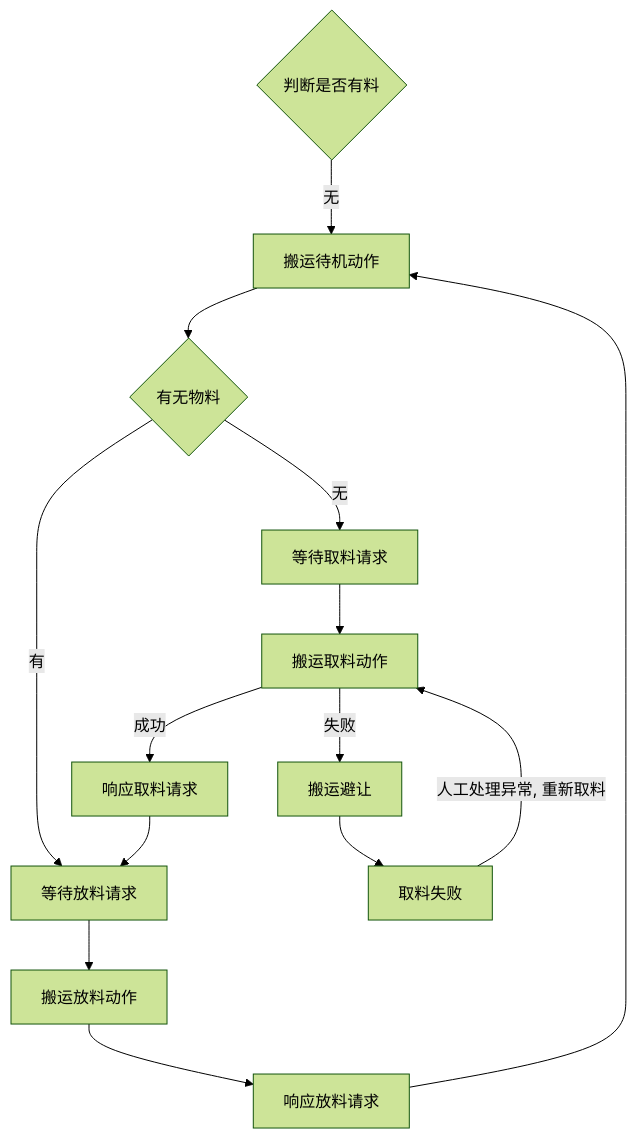
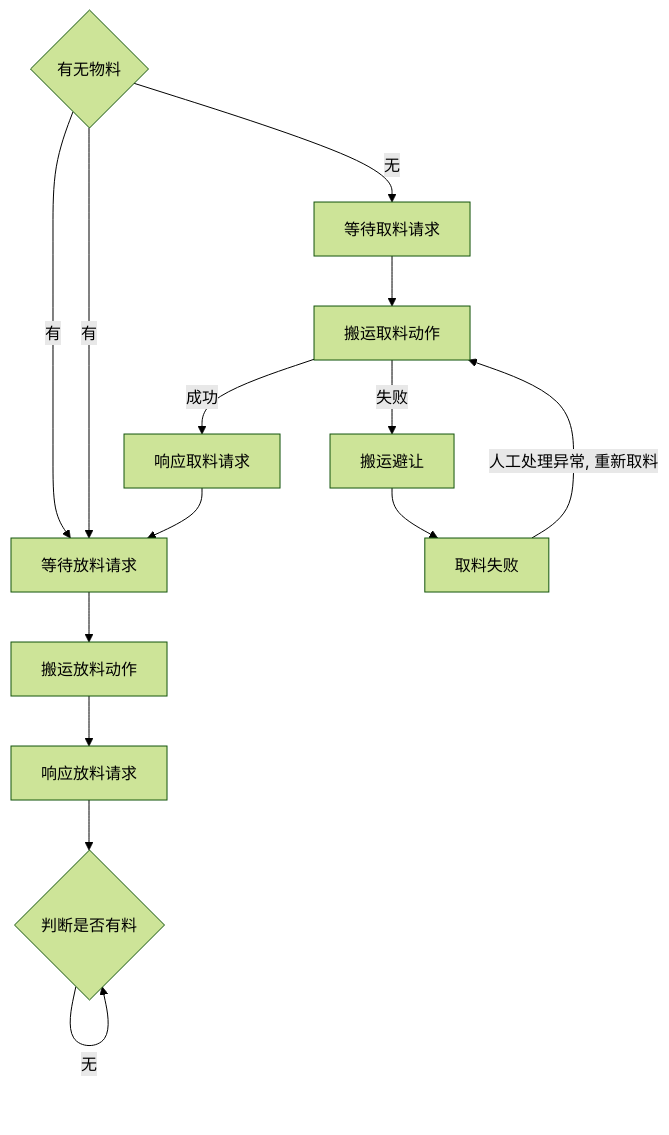
Before and after one commit to PengKun1/iodraw-files: the diagram in all/OP10 自动流程.md, drawn with Mermaid (forest theme).

Commit message:
2024-08-02 10:54:48 update

````diff
--- a/all/OP10 自动流程.md
+++ b/all/OP10 自动流程.md
@@ -1,19 +1,18 @@
 ```mermaid
 graph TD
-0{判断是否有料}-->|无|10
-
-10[搬运待机动作]-->20
+10{判断是否有料}-->|无|10
+20-->|有|60
 20{有无物料}-->|无|30
 20-->|有|60
 30[等待取料请求]-->40
 40[搬运取料动作]-->|成功|50
 40-->|失败|90
 50[响应取料请求]-->60
 60[等待放料请求]-->70
 70[搬运放料动作]-->80
 80[响应放料请求]-->10
 
 90[搬运避让]-->900
 
 900[取料失败]-->|人工处理异常, 重新取料|40
 ```
````
